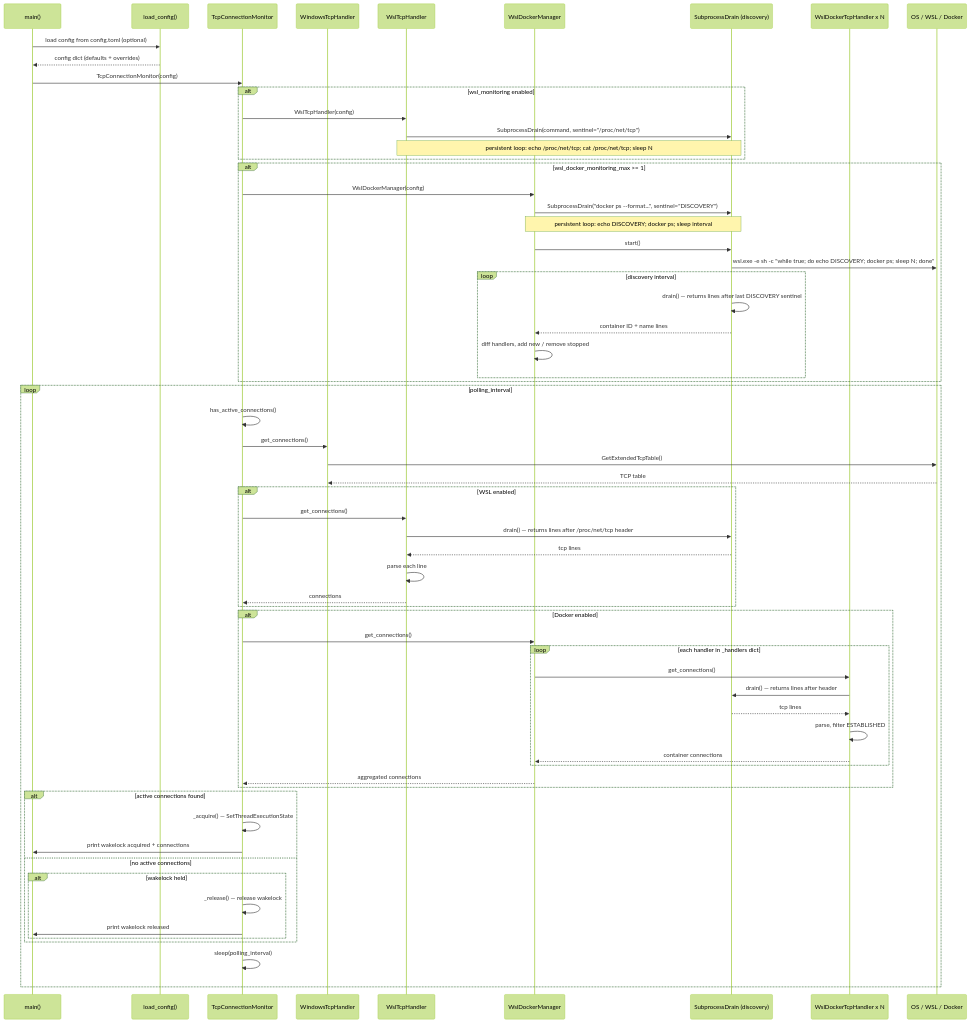
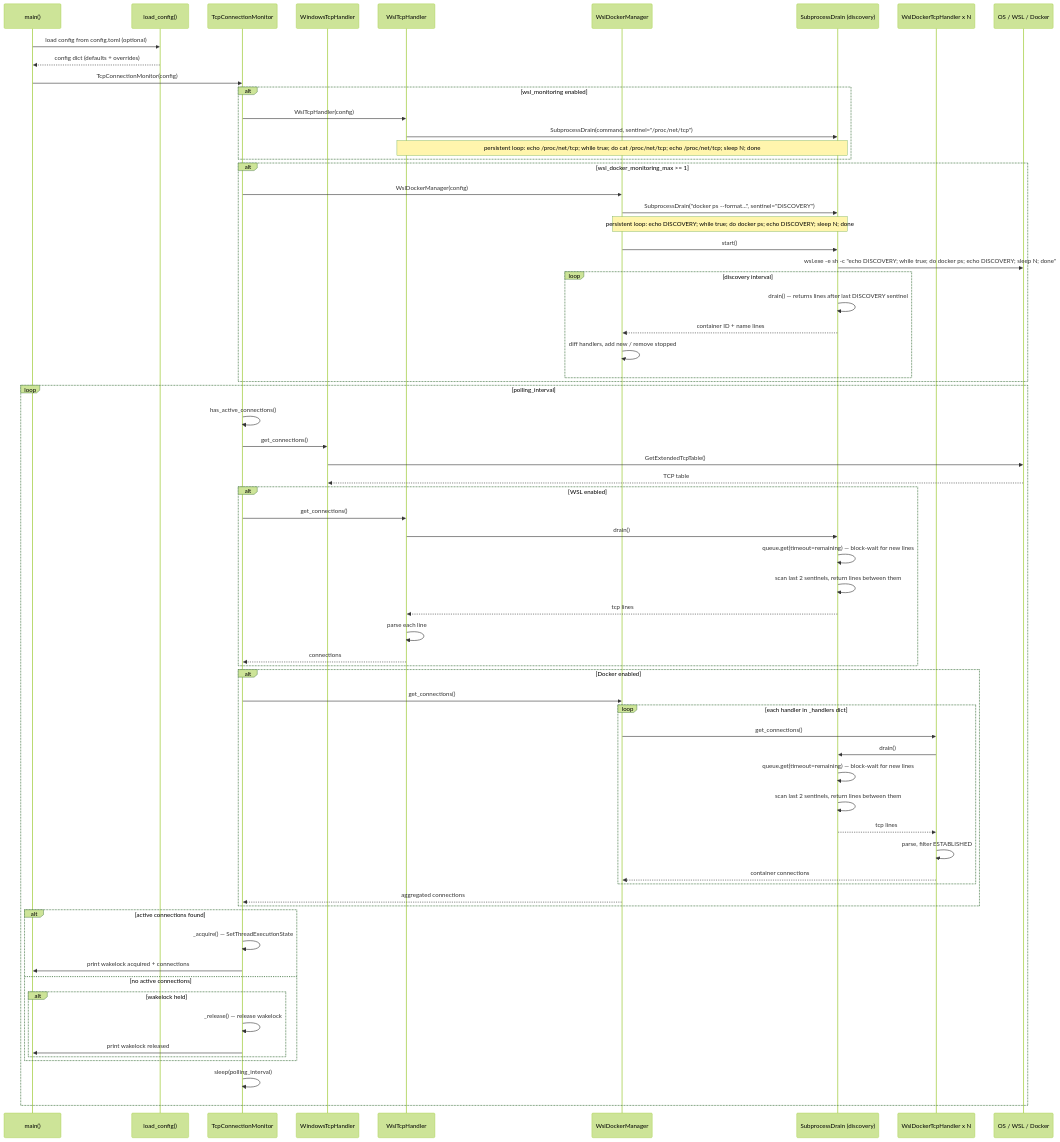
The first of 3 diagrams in docs/sequence-diagram.md (JonathanKChang/llm_wakelock_windows), drawn with Mermaid (forest theme) before and after one commit. The commit also changed other lines of this file and 3 other files, not shown here.

````diff
--- a/docs/sequence-diagram.md
+++ b/docs/sequence-diagram.md
@@ -5,74 +5,78 @@
 ```mermaid
 sequenceDiagram
     participant M as main()
     participant LC as load_config()
     participant TC as TcpConnectionMonitor
     participant WH as WindowsTcpHandler
     participant WSH as WslTcpHandler
     participant WD as WslDockerManager
     participant DD as SubprocessDrain (discovery)
     participant WDC as WslDockerTcpHandler x N
     participant OS as OS / WSL / Docker
 
     M->>LC: load config from config.toml (optional)
     LC-->>M: config dict (defaults + overrides)
     M->>TC: TcpConnectionMonitor(config)
 
     alt wsl_monitoring enabled
         TC->>WSH: WslTcpHandler(config)
         WSH->>DD: SubprocessDrain(command, sentinel="/proc/net/tcp")
-        Note over WSH,DD: persistent loop: echo /proc/net/tcp#59; cat /proc/net/tcp#59; sleep N
+        Note over WSH,DD: persistent loop: echo /proc/net/tcp#59; while true#59; do cat /proc/net/tcp#59; echo /proc/net/tcp#59; sleep N#59; done
     end
 
     alt wsl_docker_monitoring_max >= 1
         TC->>WD: WslDockerManager(config)
         WD->>DD: SubprocessDrain("docker ps --format...", sentinel="DISCOVERY")
-        Note over WD,DD: persistent loop: echo DISCOVERY#59; docker ps#59; sleep interval
+        Note over WD,DD: persistent loop: echo DISCOVERY#59; while true#59; do docker ps#59; echo DISCOVERY#59; sleep N#59; done
         WD->>DD: start()
-        DD->>OS: wsl.exe -e sh -c "while true#59; do echo DISCOVERY#59; docker ps#59; sleep N#59; done"
+        DD->>OS: wsl.exe -e sh -c "echo DISCOVERY#59; while true#59; do docker ps#59; echo DISCOVERY#59; sleep N#59; done"
         loop discovery interval
             DD->>DD: drain() — returns lines after last DISCOVERY sentinel
             DD-->>WD: container ID + name lines
             WD->>WD: diff handlers, add new / remove stopped
         end
     end
 
     loop polling_interval
         TC->>TC: has_active_connections()
         TC->>WH: get_connections()
         WH->>OS: GetExtendedTcpTable()
         OS-->>WH: TCP table
 
         alt WSL enabled
             TC->>WSH: get_connections()
-            WSH->>DD: drain() — returns lines after /proc/net/tcp header
+            WSH->>DD: drain()
+            DD->>DD: queue.get(timeout=remaining) — block-wait for new lines
+            DD->>DD: scan last 2 sentinels, return lines between them
             DD-->>WSH: tcp lines
             WSH->>WSH: parse each line
             WSH-->>TC: connections
         end
 
         alt Docker enabled
             TC->>WD: get_connections()
             loop each handler in _handlers dict
                 WD->>WDC: get_connections()
-                WDC->>DD: drain() — returns lines after header
+                WDC->>DD: drain()
+                DD->>DD: queue.get(timeout=remaining) — block-wait for new lines
+                DD->>DD: scan last 2 sentinels, return lines between them
                 DD-->>WDC: tcp lines
                 WDC->>WDC: parse, filter ESTABLISHED
                 WDC-->>WD: container connections
             end
             WD-->>TC: aggregated connections
         end
 
         alt active connections found
             TC->>TC: _acquire() — SetThreadExecutionState
             TC->>M: print wakelock acquired + connections
         else no active connections
             alt wakelock held
                 TC->>TC: _release() — release wakelock
                 TC->>M: print wakelock released
             end
         end
 
         TC->>TC: sleep(polling_interval)
     end
 ```
````
